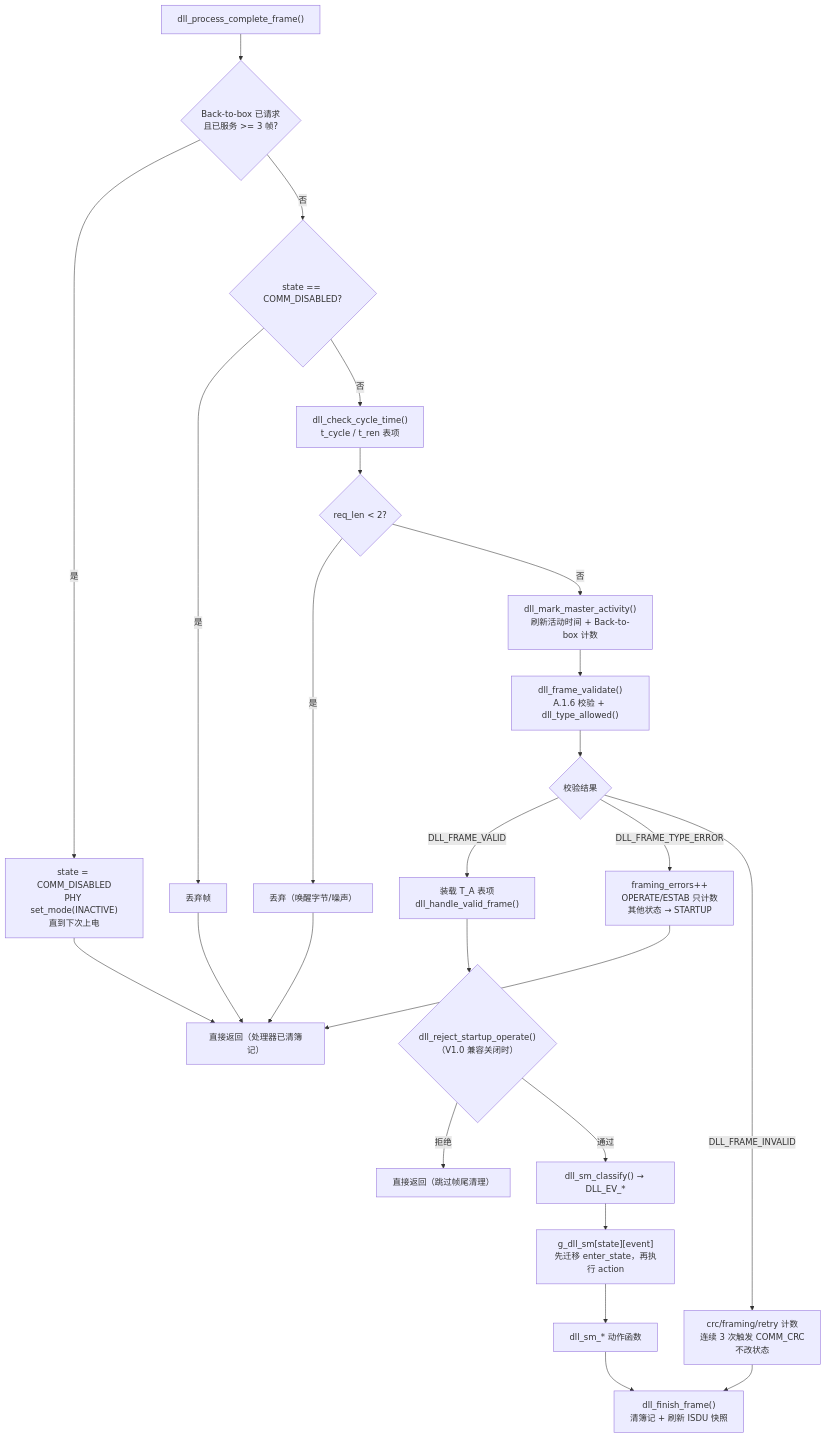
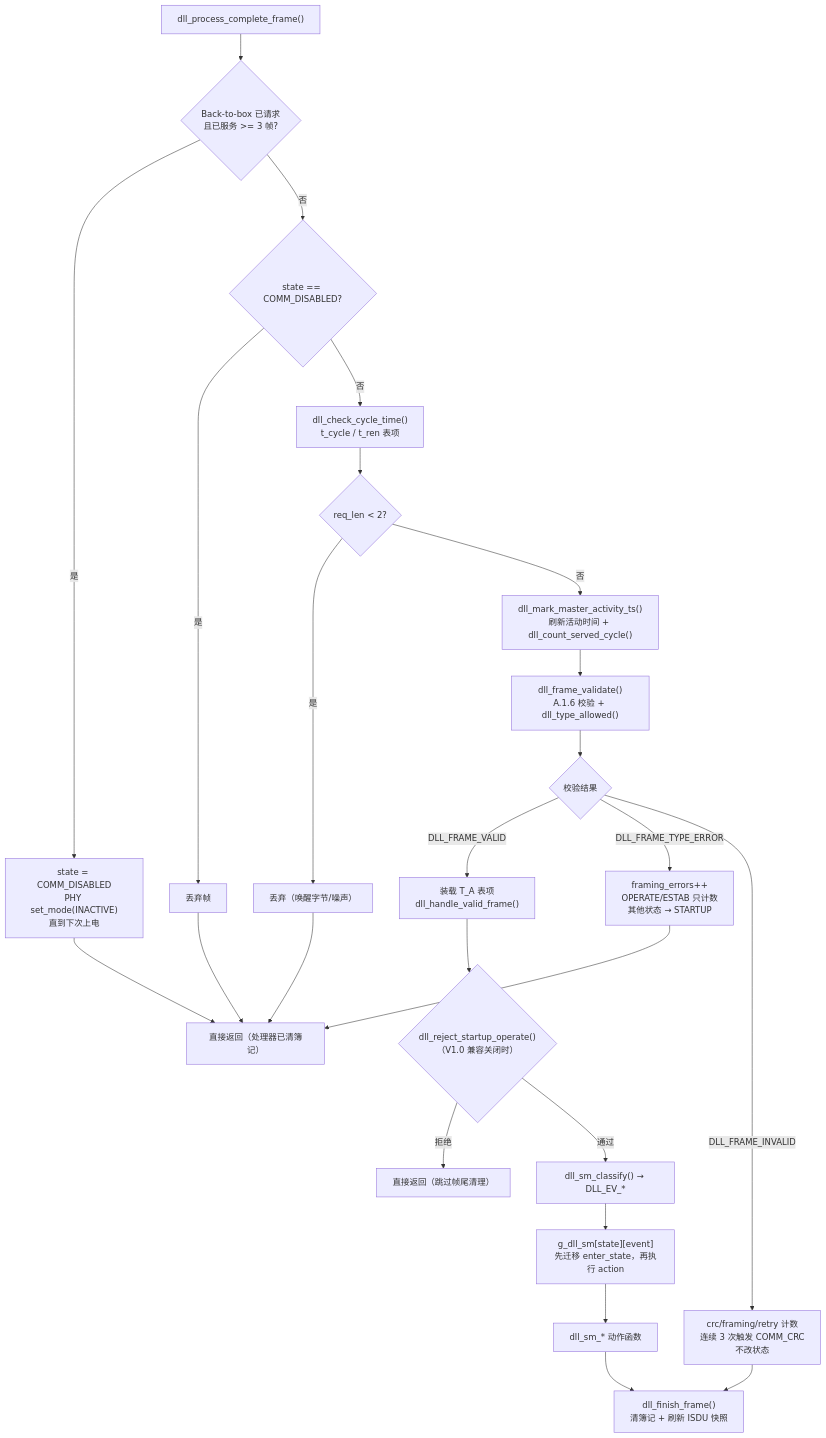
Before and after one commit to Adlyq/iolinki: the sixth of 17 diagrams in docs/CODE_FLOW.md, drawn with Mermaid. The commit also changed other lines of this file and 9 other files, not shown here.

First line of the commit message:
fix(sm): give the Back-to-box cycle counter a single writer

````diff
--- a/docs/CODE_FLOW.md
+++ b/docs/CODE_FLOW.md
@@ -378,27 +378,27 @@
 ```mermaid
 flowchart TD
     A["dll_process_complete_frame()"] --> B{"Back-to-box 已请求<br/>且已服务 >= 3 帧?"}
     B -- 是 --> B1["state = COMM_DISABLED<br/>PHY set_mode(INACTIVE)<br/>直到下次上电"]
     B -- 否 --> C{"state == COMM_DISABLED?"}
     C -- 是 --> C1["丢弃帧"]
     C -- 否 --> D["dll_check_cycle_time()<br/>t_cycle / t_ren 表项"]
     D --> E{"req_len < 2?"}
     E -- 是 --> E1["丢弃（唤醒字节/噪声）"]
-    E -- 否 --> F["dll_mark_master_activity()<br/>刷新活动时间 + Back-to-box 计数"]
+    E -- 否 --> F["dll_mark_master_activity_ts()<br/>刷新活动时间 + dll_count_served_cycle()"]
     F --> G["dll_frame_validate()<br/>A.1.6 校验 + dll_type_allowed()"]
     G --> H{"校验结果"}
     H -- "DLL_FRAME_VALID" --> I["装载 T_A 表项<br/>dll_handle_valid_frame()"]
     H -- "DLL_FRAME_TYPE_ERROR" --> J["framing_errors++<br/>OPERATE/ESTAB 只计数<br/>其他状态 → STARTUP"]
     H -- "DLL_FRAME_INVALID" --> K["crc/framing/retry 计数<br/>连续 3 次触发 COMM_CRC<br/>不改状态"]
     I --> L{"dll_reject_startup_operate()<br/>（V1.0 兼容关闭时）"}
     L -- 拒绝 --> M["直接返回（跳过帧尾清理）"]
     L -- 通过 --> N["dll_sm_classify() → DLL_EV_*"]
     N --> O["g_dll_sm[state][event]<br/>先迁移 enter_state，再执行 action"]
     O --> P["dll_sm_* 动作函数"]
     P --> Q["dll_finish_frame()<br/>清簿记 + 刷新 ISDU 快照"]
     J --> R["直接返回（处理器已清簿记）"]
     K --> Q
     B1 --> R
     C1 --> R
     E1 --> R
 ```
````
